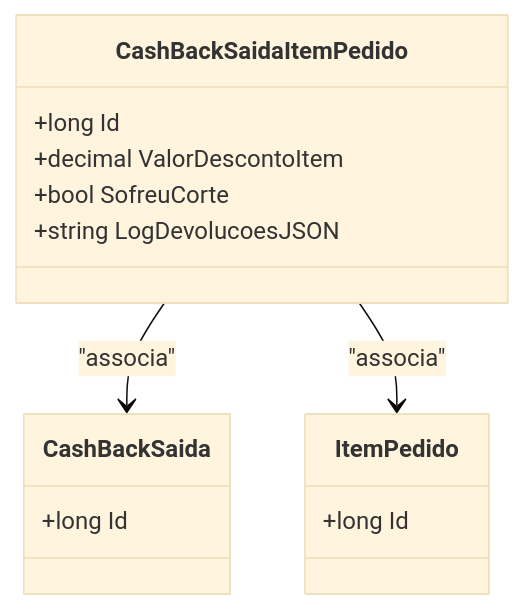
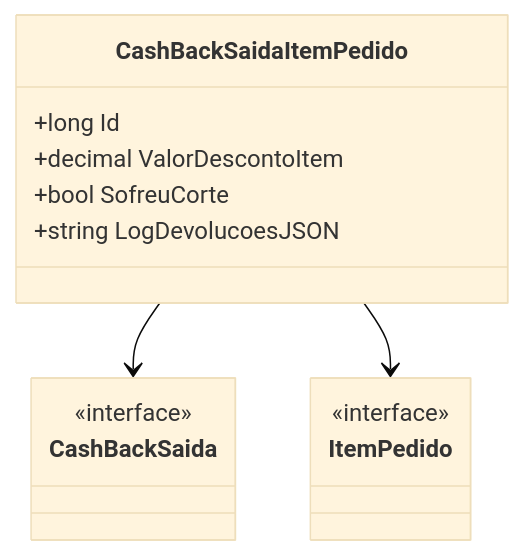
The diagram in docs/b2b-dominio/IsthmusWinthor.Nucleo/IsthmusWinthor.Dominio/Entidades/CashBackSaidaItemPedido.md (IsthmusSistemas/documentacao-tecnica), drawn with Mermaid (base theme) before and after one commit. The commit also changed other lines of this file and 882 other files, not shown here.

````diff
--- a/docs/b2b-dominio/IsthmusWinthor.Nucleo/IsthmusWinthor.Dominio/Entidades/CashBackSaidaItemPedido.md
+++ b/docs/b2b-dominio/IsthmusWinthor.Nucleo/IsthmusWinthor.Dominio/Entidades/CashBackSaidaItemPedido.md
@@ -23,20 +24,18 @@
 ```mermaid
 classDiagram
     class CashBackSaidaItemPedido {
         +long Id
         +decimal ValorDescontoItem
         +bool SofreuCorte
         +string LogDevolucoesJSON
     }
-    
     class CashBackSaida {
-        +long Id
+        <<interface>>
     }
-    
     class ItemPedido {
-        +long Id
+        <<interface>>
     }
-    
-    CashBackSaidaItemPedido --> CashBackSaida: "associa"
-    CashBackSaidaItemPedido --> ItemPedido: "associa"
-``` 
+
+    CashBackSaidaItemPedido --> CashBackSaida
+    CashBackSaidaItemPedido --> ItemPedido
+```
````
